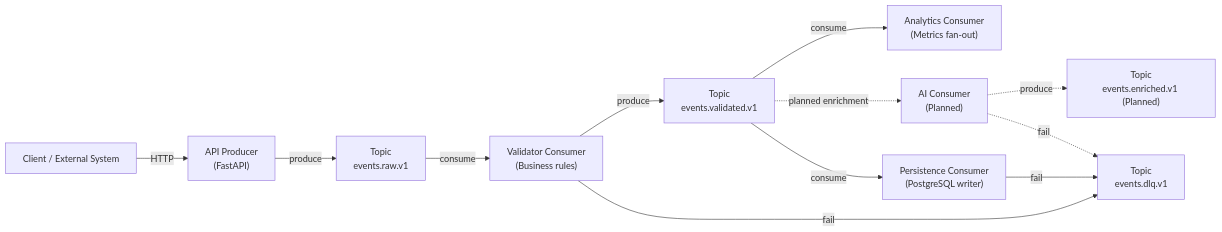
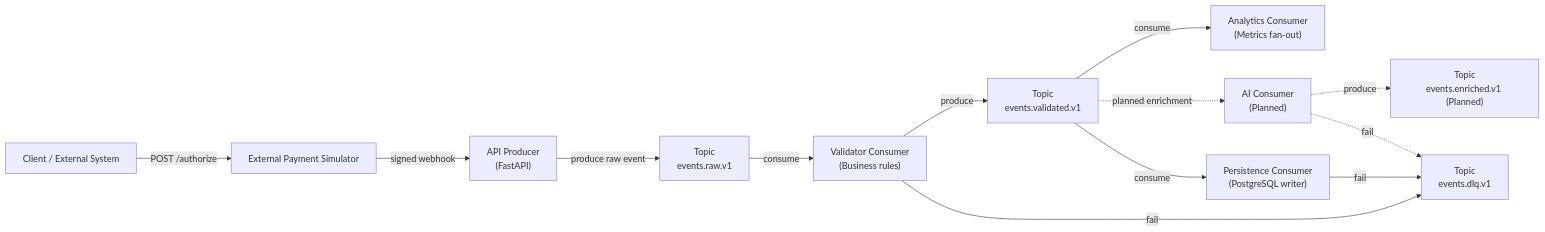
The diagram in README.md (sofman65/EventFlow), drawn with Mermaid before and after one commit. The commit also changed other lines of this file and 10 other files, not shown here.

Commit message:
Payment Provider API External Webhook Simulation for Streaming data

````diff
--- a/README.md
+++ b/README.md
@@ -85,33 +87,35 @@
 ```mermaid
 flowchart LR
 
 Client["Client / External System"]
+Provider["External Payment Simulator"]
 
 API["API Producer<br/>(FastAPI)"]
 
 Raw["Topic<br/>events.raw.v1"]
 Validated["Topic<br/>events.validated.v1"]
 DLQ["Topic<br/>events.dlq.v1"]
 
 Validator["Validator Consumer<br/>(Business rules)"]
 Analytics["Analytics Consumer<br/>(Metrics fan-out)"]
 Persistence["Persistence Consumer<br/>(PostgreSQL writer)"]
 AI["AI Consumer<br/>(Planned)"]
 Enriched["Topic<br/>events.enriched.v1 (Planned)"]
 
-Client -->|HTTP| API
-API -->|produce| Raw
+Client -->|POST /authorize| Provider
+Provider -->|signed webhook| API
+API -->|produce raw event| Raw
 
 Raw -->|consume| Validator
 Validator -->|produce| Validated
 Validator -->|fail| DLQ
 
 Validated -->|consume| Analytics
 Validated -->|consume| Persistence
 
 Persistence -->|fail| DLQ
 Validated -. planned enrichment .-> AI
 AI -. produce .-> Enriched
 AI -. fail .-> DLQ
 
 ```
````
